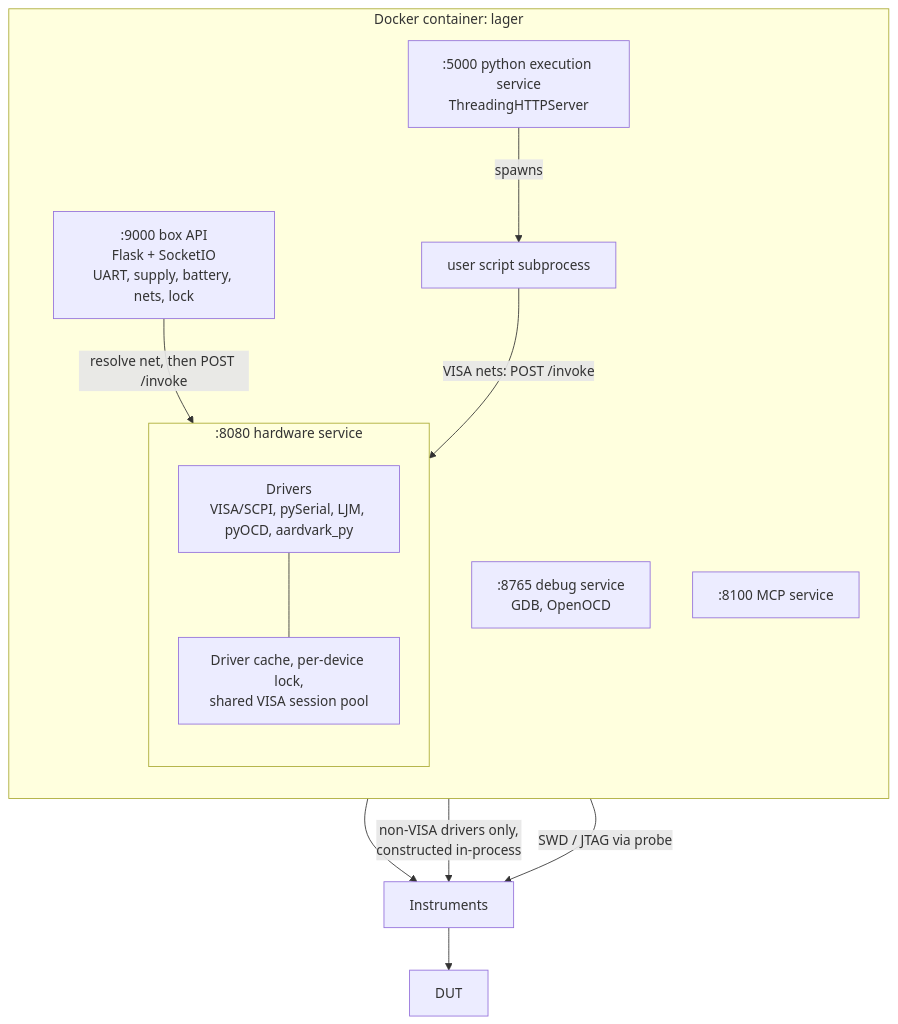
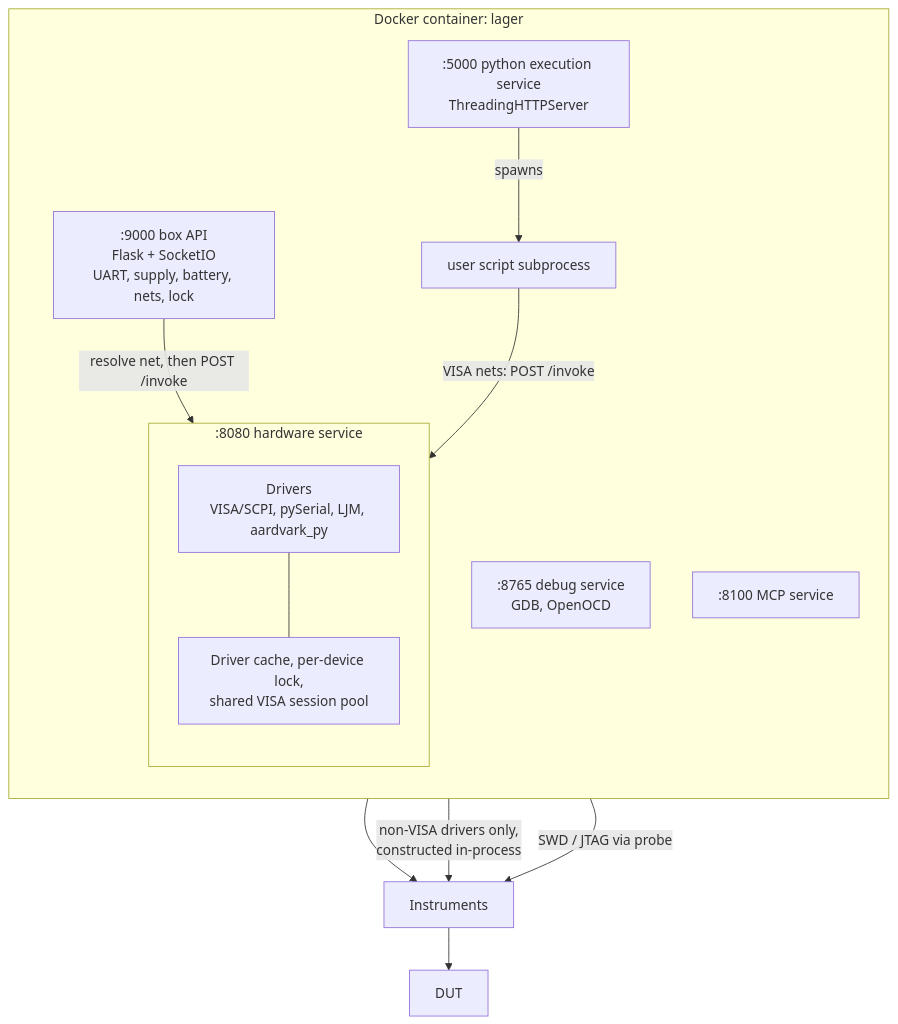
Before and after one commit to lagerdata/lager: the second of 5 diagrams in docs/source/getting-started/architecture.mdx, drawn with Mermaid. The commit also changed other lines of this file and 15 other files, not shown here.

````diff
--- a/docs/source/getting-started/architecture.mdx
+++ b/docs/source/getting-started/architecture.mdx
@@ -84,31 +84,31 @@
 ```mermaid
 flowchart TB
   subgraph container["Docker container: lager"]
     direction TB
 
     P9000[":9000 box API<br/>Flask + SocketIO<br/>UART, supply, battery, nets, lock"]
     P5000[":5000 python execution service<br/>ThreadingHTTPServer"]
     P8765[":8765 debug service<br/>GDB, OpenOCD"]
     P8100[":8100 MCP service"]
     SUB["user script subprocess"]
 
     subgraph hs[":8080 hardware service"]
       direction TB
-      DRV["Drivers<br/>VISA/SCPI, pySerial, LJM, pyOCD, aardvark_py"]
+      DRV["Drivers<br/>VISA/SCPI, pySerial, LJM, aardvark_py"]
       OWN["Driver cache, per-device lock,<br/>shared VISA session pool"]
       DRV --- OWN
     end
 
     P9000 -->|"resolve net, then POST /invoke"| DRV
     P5000 -->|"spawns"| SUB
     SUB -->|"VISA nets: POST /invoke"| DRV
   end
 
   INST["Instruments"]
   DUT["DUT"]
 
   DRV --> INST
   SUB -->|"non-VISA drivers only,<br/>constructed in-process"| INST
   P8765 -->|"SWD / JTAG via probe"| INST
   INST --> DUT
 ```
````
